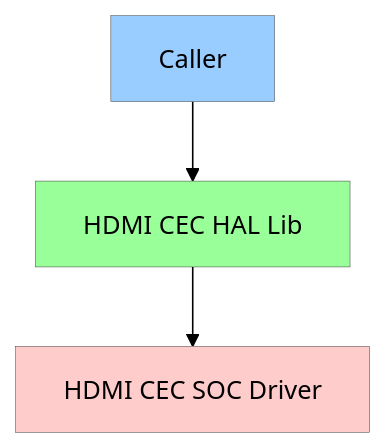
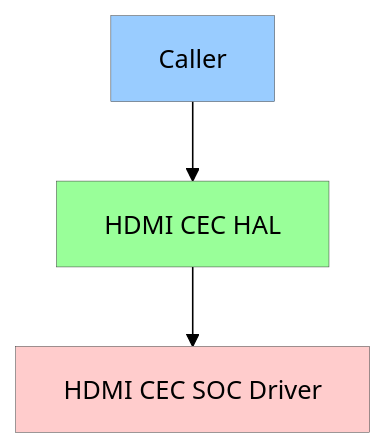
One commit to rdkcentral/rdk-halif-hdmi_cec changed the first of 2 diagrams in docs/pages/halSpec.md. Above: the diagram before and after it, drawn with Mermaid. The commit also changed other lines of this file and 1 other file, not shown here.

Commit message:
1. Final Review in progress   - header file: complete   - halSpec: Completed till API documentation 2. Added table of contents

````diff
--- a/docs/pages/halSpec.md
+++ b/docs/pages/halSpec.md
@@ -21,10 +50,10 @@
 ```mermaid
 %%{ init : { "theme" : "forest", "flowchart" : { "curve" : "linear" }}}%%
 flowchart TD
-y[Caller]-->x[HDMI CEC HAL Lib];
-x[HDMI CEC HAL Lib]-->z[HDMI CEC SOC Driver];
+y[Caller]-->x[HDMI CEC HAL];
+x[HDMI CEC HAL]-->z[HDMI CEC SOC Driver];
 style y fill:#99CCFF,stroke:#333,stroke-width:0.3px,align:left
 style z fill:#fcc,stroke:#333,stroke-width:0.3px,align:left
 style x fill:#9f9,stroke:#333,stroke-width:0.3px,align:left
 
  ```
````
